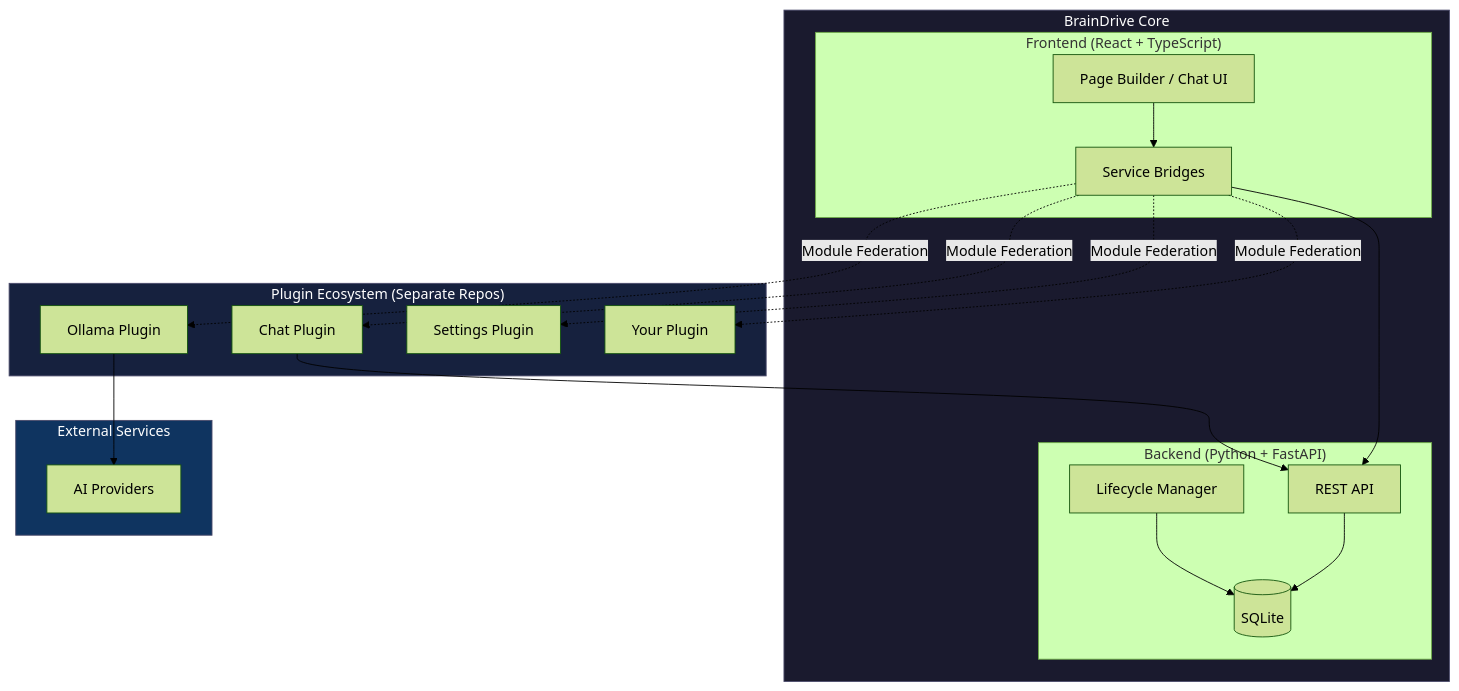
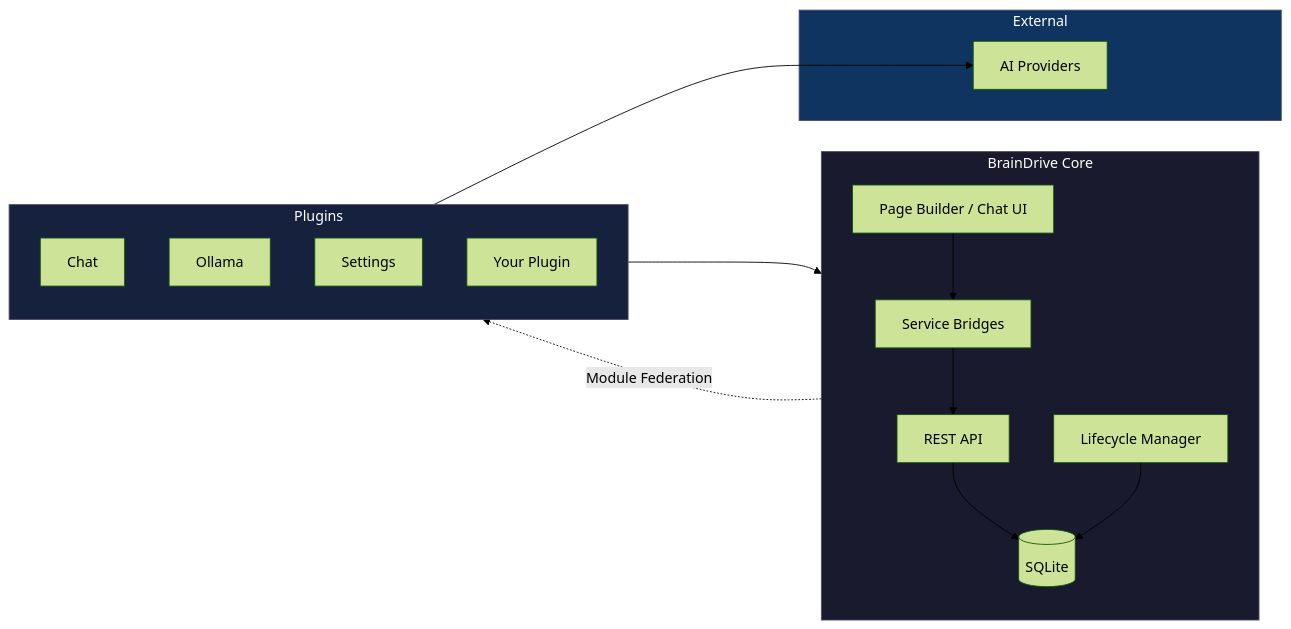
Before and after one commit to BrainDriveAI/BrainDrive-Core: the diagram in README.md, drawn with Mermaid (forest theme).

Commit message:
Fix architecture diagram layout
- Change to left-right flow (LR) for cleaner horizontal layout
- Flatten nested subgraphs that caused positioning issues
- Shorten labels to prevent text overlap
- Single "Module Federation" label instead of 4 redundant ones

🤖 Generated with [Claude Code](https://claude.com/claude-code)

````diff
--- a/README.md
+++ b/README.md
@@ -81,42 +81,35 @@
 ```mermaid
-flowchart TB
+flowchart LR
     subgraph Core ["BrainDrive Core"]
-        subgraph FE ["Frontend (React + TypeScript)"]
-            UI[Page Builder / Chat UI]
-            SB[Service Bridges]
-        end
-        subgraph BE ["Backend (Python + FastAPI)"]
-            API[REST API]
-            LM[Lifecycle Manager]
-            DB[(SQLite)]
-        end
+        direction TB
+        UI[Page Builder / Chat UI]
+        SB[Service Bridges]
+        API[REST API]
+        LM[Lifecycle Manager]
+        DB[(SQLite)]
+        UI --> SB
+        SB --> API
+        API --> DB
+        LM --> DB
     end
 
-    subgraph Plugins ["Plugin Ecosystem (Separate Repos)"]
-        P1[Chat Plugin]
-        P2[Ollama Plugin]
-        P3[Settings Plugin]
+    subgraph Plugins ["Plugins"]
+        direction TB
+        P1[Chat]
+        P2[Ollama]
+        P3[Settings]
         P4[Your Plugin]
     end
 
-    subgraph External ["External Services"]
+    subgraph Ext ["External"]
         AI[AI Providers]
     end
 
-    UI --> SB
-    SB --> API
-    API --> DB
-    LM --> DB
-
-    SB -.->|Module Federation| P1
-    SB -.->|Module Federation| P2
-    SB -.->|Module Federation| P3
-    SB -.->|Module Federation| P4
-
+    SB -.->|Module Federation| Plugins
+    P1 --> API
     P2 --> AI
-    P1 --> API
 
     style Core fill:#1a1a2e,stroke:#4a4a6a,color:#fff
     style Plugins fill:#16213e,stroke:#4a4a6a,color:#fff
-    style External fill:#0f3460,stroke:#4a4a6a,color:#fff
+    style Ext fill:#0f3460,stroke:#4a4a6a,color:#fff
 ```
````
